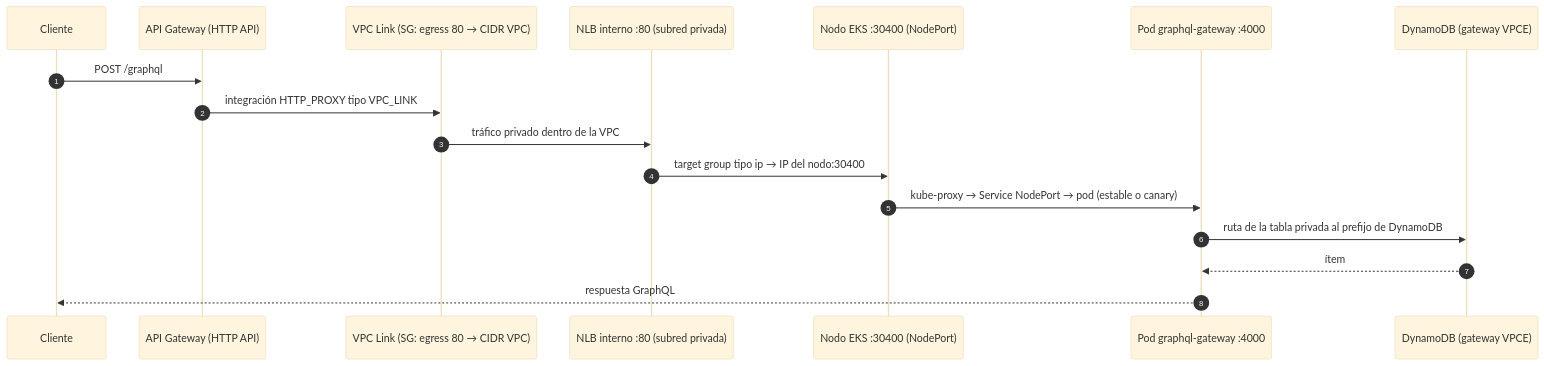
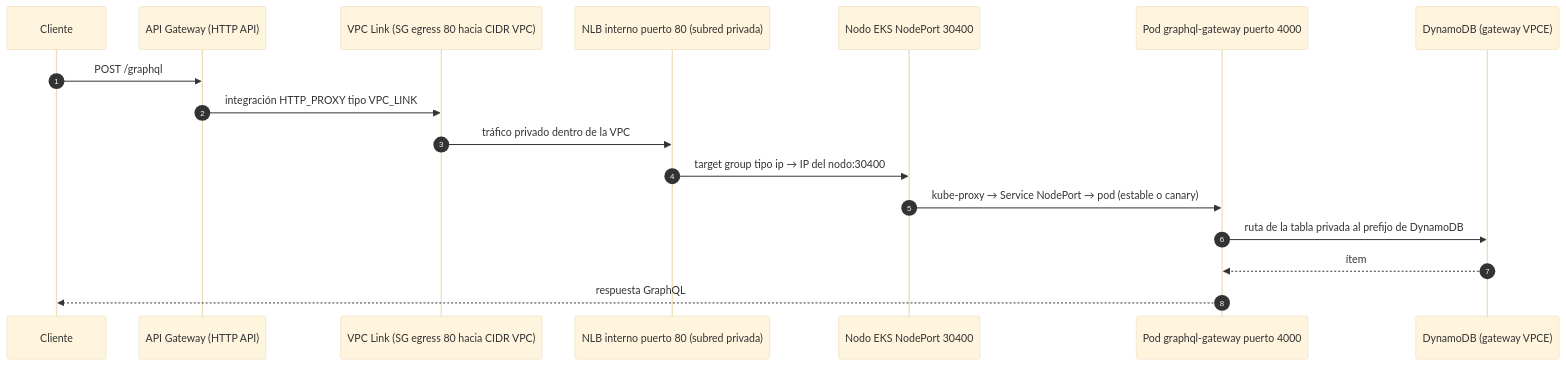
Before and after one commit to Firewallrbn/aegisvolt: the second of 3 diagrams in docs/arquitectura.md, drawn with Mermaid (base theme).

Commit message:
docs: nombres de participantes compatibles con Mermaid

````diff
--- a/docs/arquitectura.md
+++ b/docs/arquitectura.md
@@ -86,19 +86,19 @@
 ```mermaid
 sequenceDiagram
   autonumber
   participant C as Cliente
   participant A as API Gateway (HTTP API)
-  participant L as VPC Link (SG: egress 80 → CIDR VPC)
-  participant N as NLB interno :80 (subred privada)
-  participant K as Nodo EKS :30400 (NodePort)
-  participant P as Pod graphql-gateway :4000
+  participant L as VPC Link (SG egress 80 hacia CIDR VPC)
+  participant N as NLB interno puerto 80 (subred privada)
+  participant K as Nodo EKS NodePort 30400
+  participant P as Pod graphql-gateway puerto 4000
   participant D as DynamoDB (gateway VPCE)
   C->>A: POST /graphql
   A->>L: integración HTTP_PROXY tipo VPC_LINK
   L->>N: tráfico privado dentro de la VPC
   N->>K: target group tipo ip → IP del nodo:30400
   K->>P: kube-proxy → Service NodePort → pod (estable o canary)
   P->>D: ruta de la tabla privada al prefijo de DynamoDB
   D-->>P: ítem
   P-->>C: respuesta GraphQL
 ```
````
